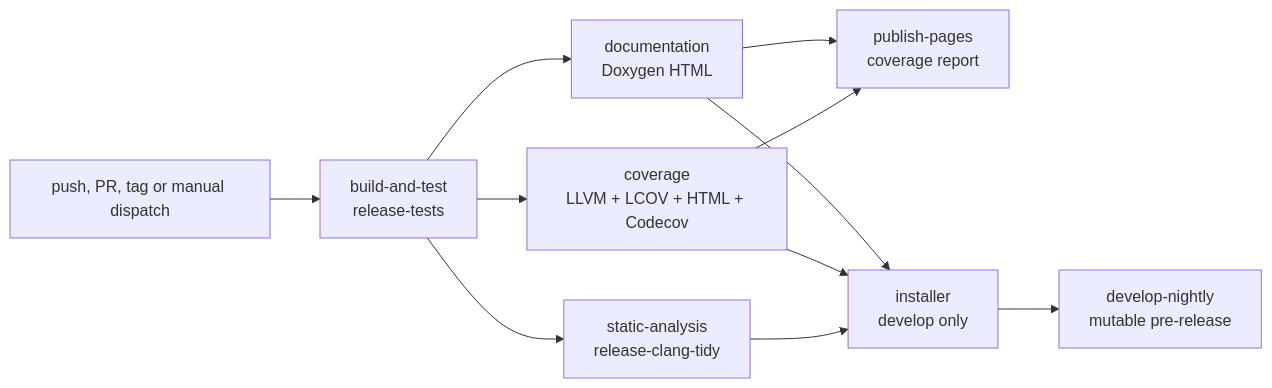
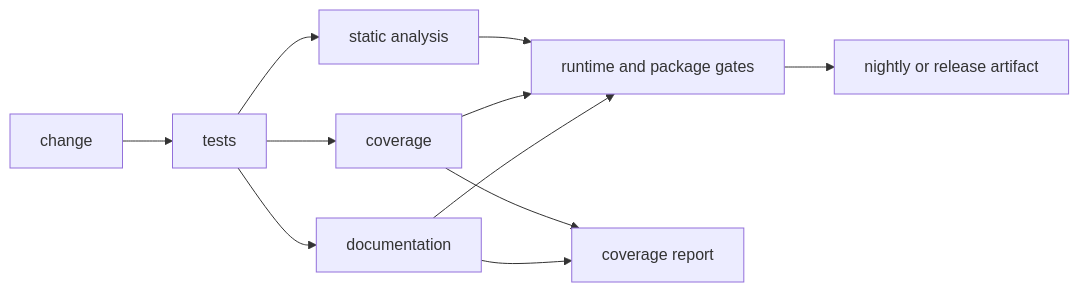
Diagram 18 of 19 in docs/DESIGN.md (Wiiii90/FOSSredder), drawn with Mermaid before and after one commit. The commit also changed other lines of this file and 6 other files, not shown here.

````diff
--- a/docs/DESIGN.md
+++ b/docs/DESIGN.md
@@ -1660,13 +1241,13 @@
 ```mermaid
 flowchart LR
-  Trigger["push, PR, tag or manual dispatch"] --> Tests["build-and-test<br/>release-tests"]
-  Tests --> Static["static-analysis<br/>release-clang-tidy"]
-  Tests --> Coverage["coverage<br/>LLVM + LCOV + HTML + Codecov"]
-  Tests --> Docs["documentation<br/>Doxygen HTML"]
-  Coverage --> Pages["publish-pages<br/>coverage report"]
+  Change["change"] --> Tests["tests"]
+  Tests --> Static["static analysis"]
+  Tests --> Coverage["coverage"]
+  Tests --> Docs["documentation"]
+  Static --> Runtime["runtime and package gates"]
+  Coverage --> Runtime
+  Docs --> Runtime
+  Runtime --> Artifact["nightly or release artifact"]
+  Coverage --> Pages["coverage report"]
   Docs --> Pages
-  Static --> Installer["installer<br/>develop only"]
-  Coverage --> Installer
-  Docs --> Installer
-  Installer --> Nightly["develop-nightly<br/>mutable pre-release"]
 ```
````
